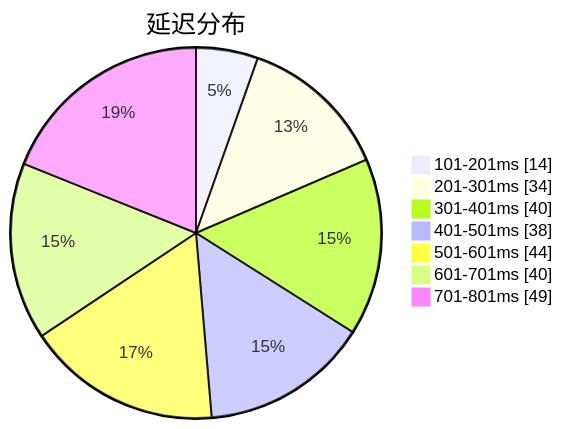
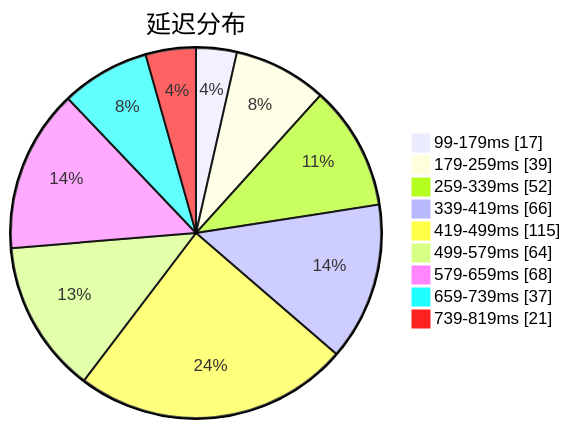
One commit to sinspired/airport changed the first of 3 diagrams in subs/statistics/tested_within.md. Above: the diagram before and after it, drawn with Mermaid. The commit also changed other lines of this file and 2 other files, not shown here.

````diff
--- a/subs/statistics/tested_within.md
+++ b/subs/statistics/tested_within.md
@@ -2,11 +2,13 @@
 ```mermaid
 pie showData
 title 延迟分布
-"101-201ms" : 14
-"201-301ms" : 34
-"301-401ms" : 40
-"401-501ms" : 38
-"501-601ms" : 44
-"601-701ms" : 40
-"701-801ms" : 49
+"99-179ms" : 17
+"179-259ms" : 39
+"259-339ms" : 52
+"339-419ms" : 66
+"419-499ms" : 115
+"499-579ms" : 64
+"579-659ms" : 68
+"659-739ms" : 37
+"739-819ms" : 21
 ```
````
